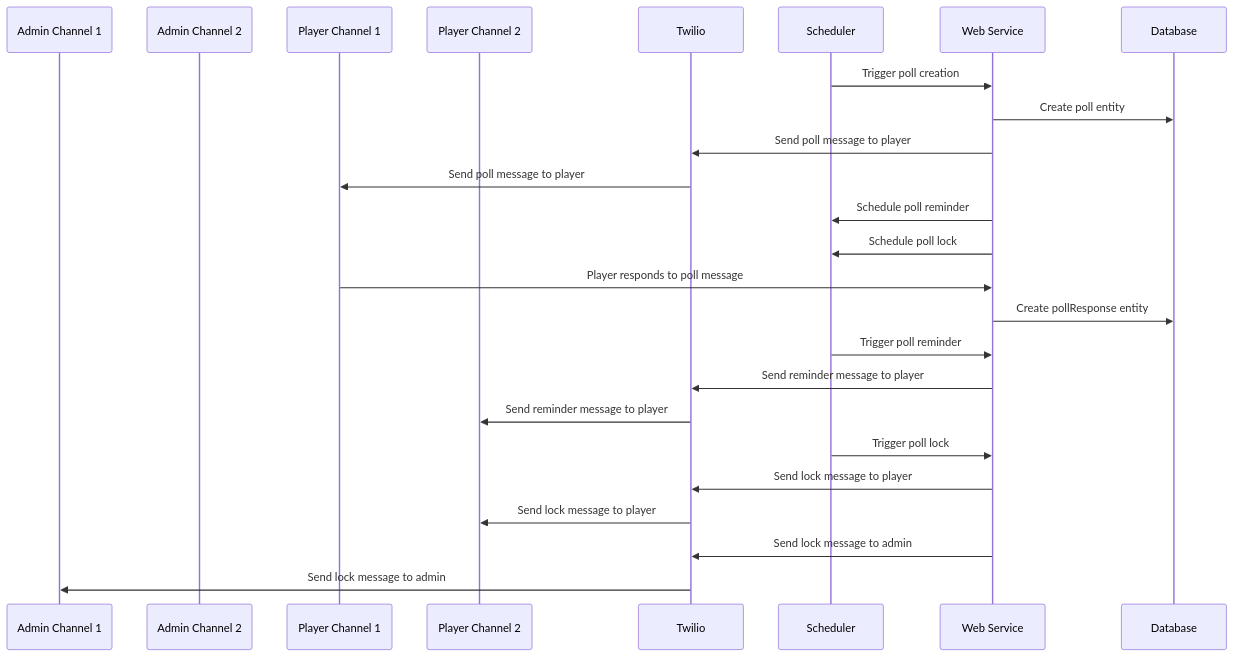
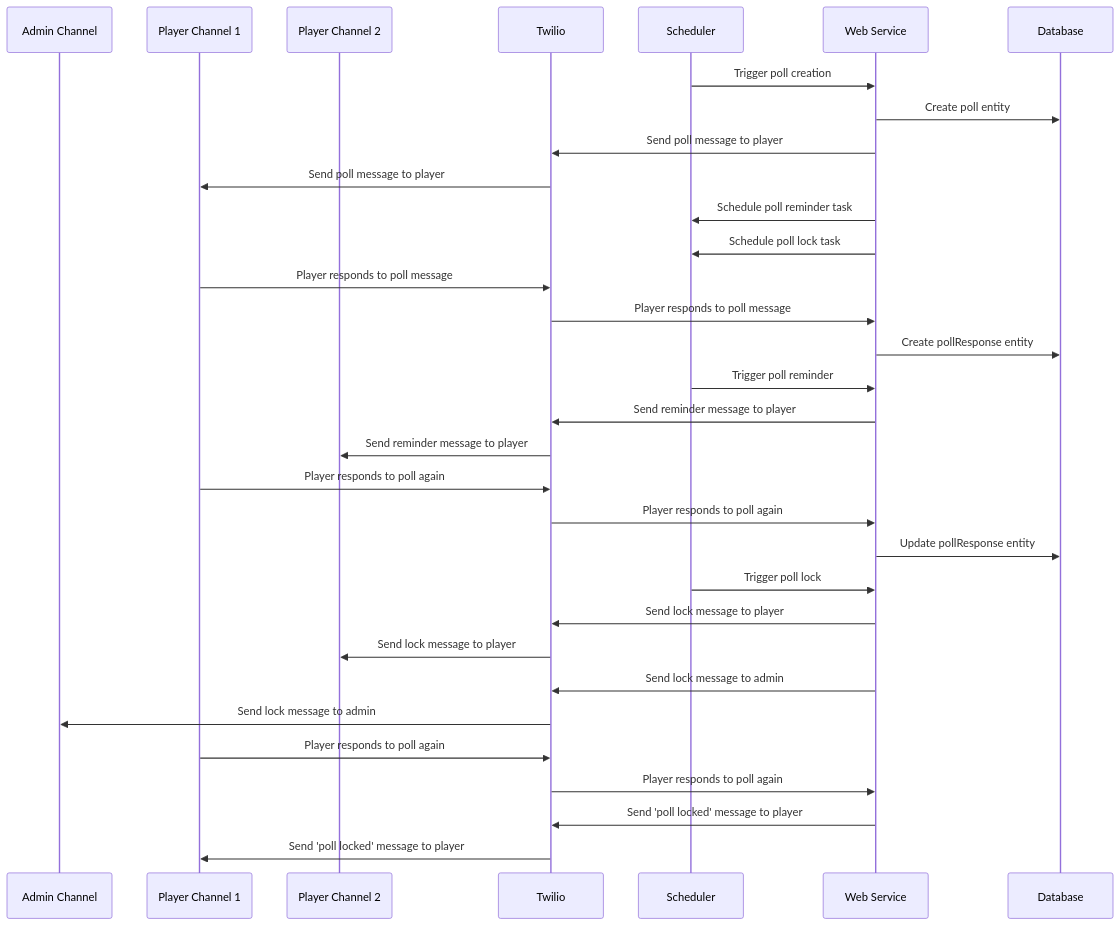
The diagram in dev-design/MSDs/playerPolling.md (nimaib2/bm-shuttle), drawn with Mermaid before and after one commit.

Commit message:
completed playerPolling MSD

````diff
--- a/dev-design/MSDs/playerPolling.md
+++ b/dev-design/MSDs/playerPolling.md
@@ -1,28 +1,36 @@
 ```mermaid
 sequenceDiagram
-    participant Admin Channel 1
-    participant Admin Channel 2
+    participant Admin Channel
     participant Player Channel 1
     participant Player Channel 2
     participant Twilio
     participant Scheduler
     participant Web Service
     participant Database
     
     Scheduler ->> Web Service: Trigger poll creation
     Web Service ->> Database: Create poll entity
     Web Service ->> Twilio: Send poll message to player
     Twilio ->> Player Channel 1: Send poll message to player
-    Web Service ->> Scheduler: Schedule poll reminder
-    Web Service ->> Scheduler: Schedule poll lock
-    Player Channel 1 ->> Web Service: Player responds to poll message
+    Web Service ->> Scheduler: Schedule poll reminder task
+    Web Service ->> Scheduler: Schedule poll lock task
+    Player Channel 1 ->> Twilio: Player responds to poll message
+    Twilio ->> Web Service: Player responds to poll message
     Web Service ->> Database: Create pollResponse entity
     Scheduler ->> Web Service: Trigger poll reminder
     Web Service ->> Twilio: Send reminder message to player
     Twilio->>Player Channel 2: Send reminder message to player
+    Player Channel 1 ->> Twilio: Player responds to poll again 
+    Twilio ->> Web Service: Player responds to poll again
+    Web Service ->> Database: Update pollResponse entity
     Scheduler ->> Web Service: Trigger poll lock
     Web Service ->> Twilio: Send lock message to player
     Twilio->>Player Channel 2: Send lock message to player
     Web Service->> Twilio: Send lock message to admin
-    Twilio->>Admin Channel 1: Send lock message to admin
+    Twilio->>Admin Channel: Send lock message to admin
+    Player Channel 1 ->> Twilio: Player responds to poll again 
+    Twilio ->> Web Service: Player responds to poll again
+    Web Service ->> Twilio: Send 'poll locked' message to player
+    Twilio->>Player Channel 1: Send 'poll locked' message to player
+
 ```
````
